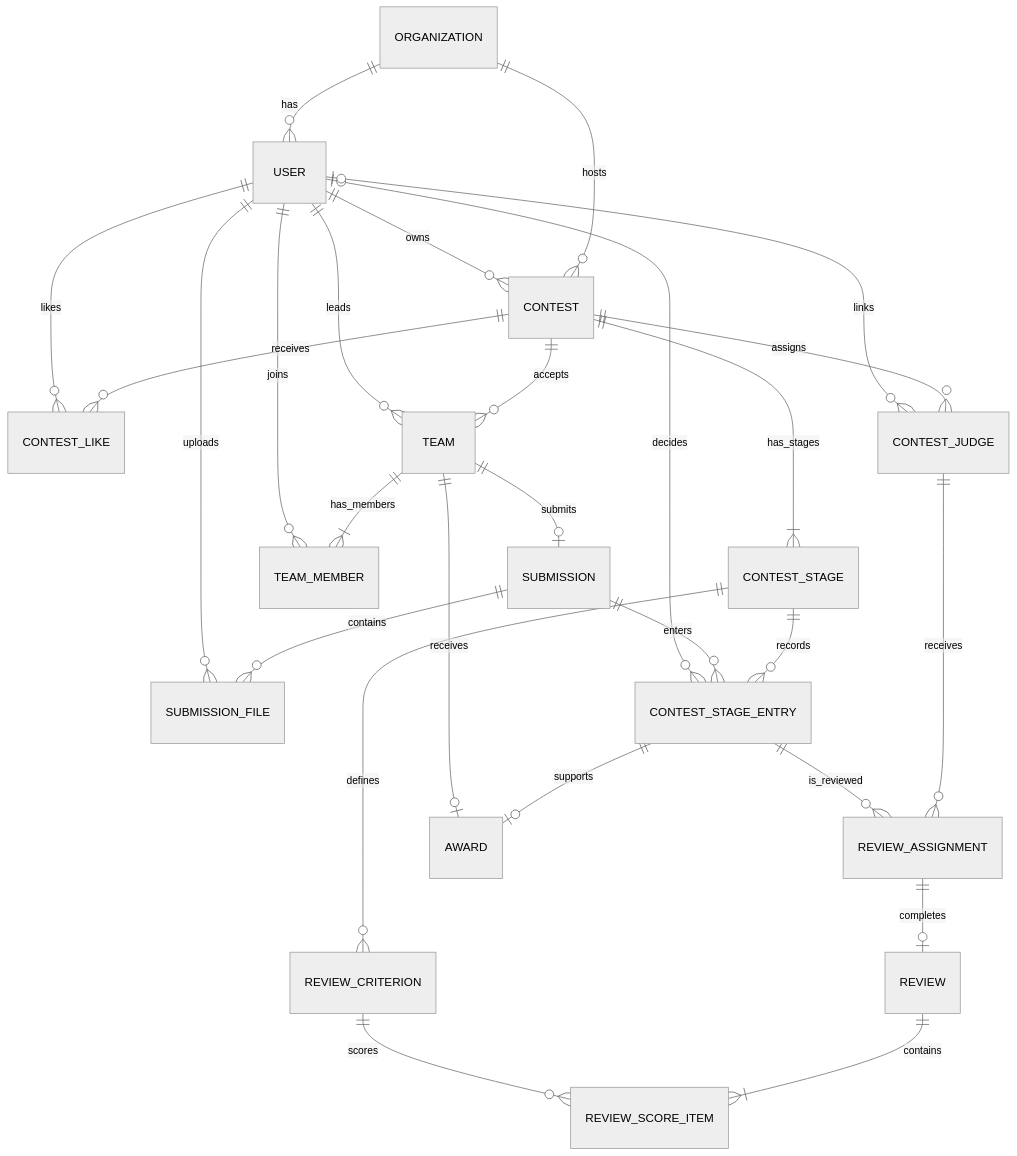
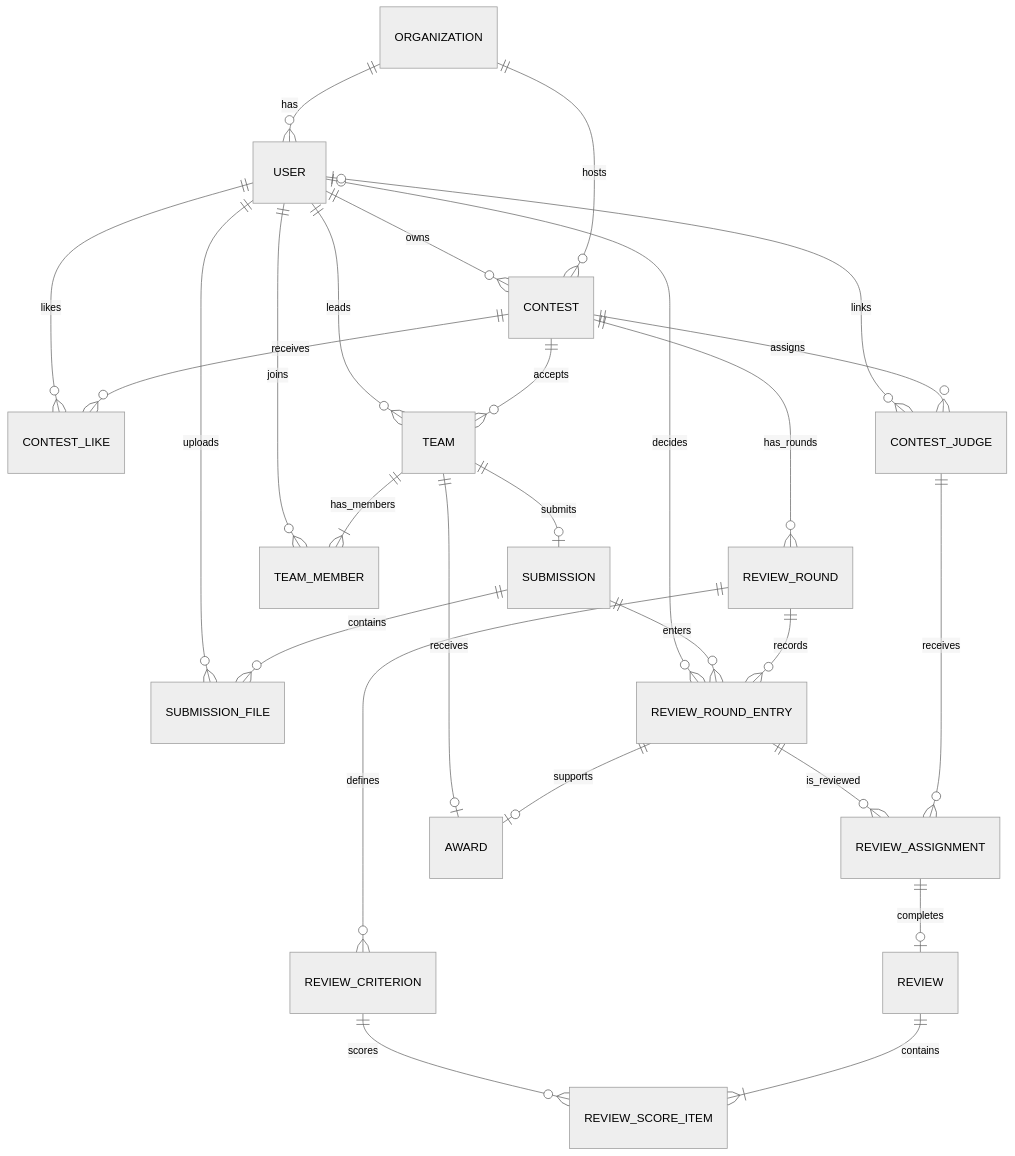
Before and after one commit to Tok-Baro/Trekkey_BackEnd: the fourth of 22 diagrams in docs/architecture-diagrams.md, drawn with Mermaid (neutral theme). The commit also changed other lines of this file and 6 other files, not shown here.

Commit message:
docs: replace contest stages with review rounds

````diff
--- a/docs/architecture-diagrams.md
+++ b/docs/architecture-diagrams.md
@@ -143,29 +145,29 @@
 ```mermaid
 erDiagram
     ORGANIZATION ||--o{ USER : has
     ORGANIZATION ||--o{ CONTEST : hosts
     USER ||--o{ CONTEST : owns
     CONTEST ||--o{ CONTEST_LIKE : receives
     USER ||--o{ CONTEST_LIKE : likes
-    CONTEST ||--|{ CONTEST_STAGE : has_stages
+    CONTEST ||--o{ REVIEW_ROUND : has_rounds
     CONTEST ||--o{ TEAM : accepts
     USER ||--o{ TEAM : leads
     TEAM ||--|{ TEAM_MEMBER : has_members
     USER ||--o{ TEAM_MEMBER : joins
     TEAM ||--o| SUBMISSION : submits
     SUBMISSION ||--o{ SUBMISSION_FILE : contains
     USER ||--o{ SUBMISSION_FILE : uploads
-    CONTEST_STAGE ||--o{ CONTEST_STAGE_ENTRY : records
-    SUBMISSION ||--o{ CONTEST_STAGE_ENTRY : enters
-    USER o|--o{ CONTEST_STAGE_ENTRY : decides
-    CONTEST_STAGE ||--o{ REVIEW_CRITERION : defines
+    REVIEW_ROUND ||--o{ REVIEW_ROUND_ENTRY : records
+    SUBMISSION ||--o{ REVIEW_ROUND_ENTRY : enters
+    USER o|--o{ REVIEW_ROUND_ENTRY : decides
+    REVIEW_ROUND ||--o{ REVIEW_CRITERION : defines
     CONTEST ||--o{ CONTEST_JUDGE : assigns
     USER o|--o{ CONTEST_JUDGE : links
     CONTEST_JUDGE ||--o{ REVIEW_ASSIGNMENT : receives
-    CONTEST_STAGE_ENTRY ||--o{ REVIEW_ASSIGNMENT : is_reviewed
+    REVIEW_ROUND_ENTRY ||--o{ REVIEW_ASSIGNMENT : is_reviewed
     REVIEW_ASSIGNMENT ||--o| REVIEW : completes
     REVIEW ||--|{ REVIEW_SCORE_ITEM : contains
     REVIEW_CRITERION ||--o{ REVIEW_SCORE_ITEM : scores
-    CONTEST_STAGE_ENTRY ||--o| AWARD : supports
+    REVIEW_ROUND_ENTRY ||--o| AWARD : supports
     TEAM ||--o| AWARD : receives
 ```
````
